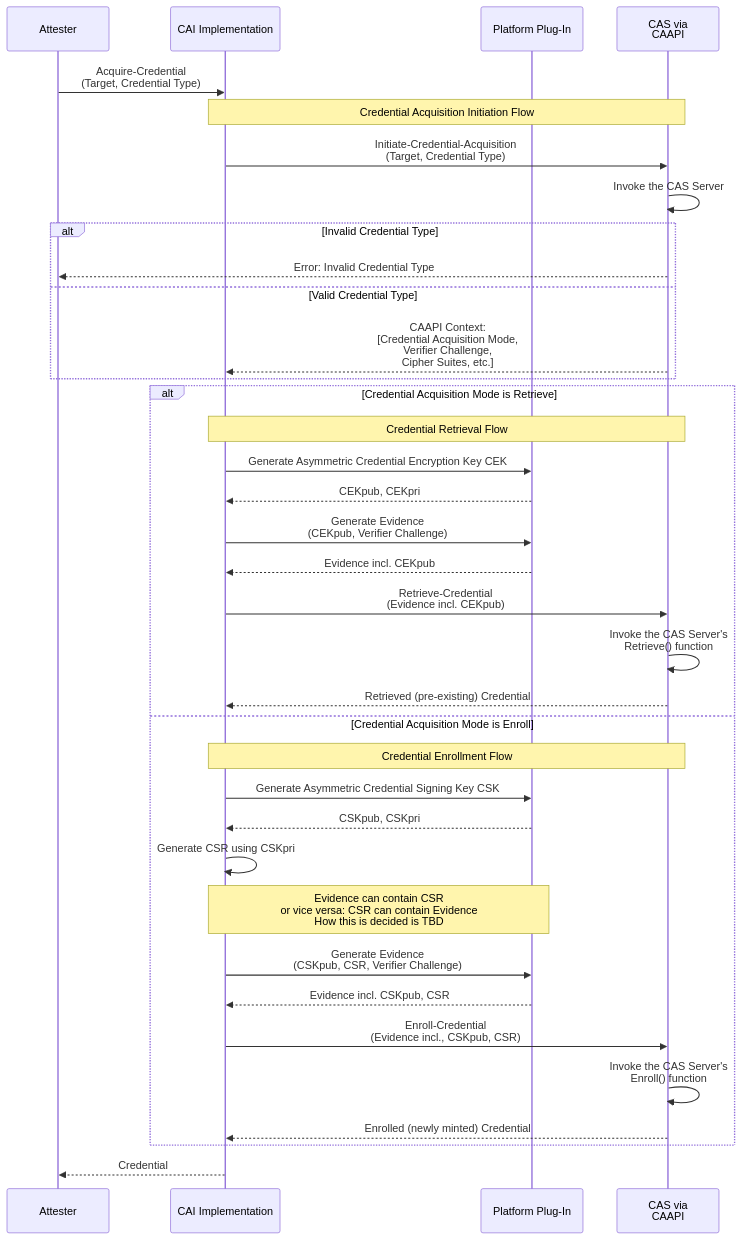
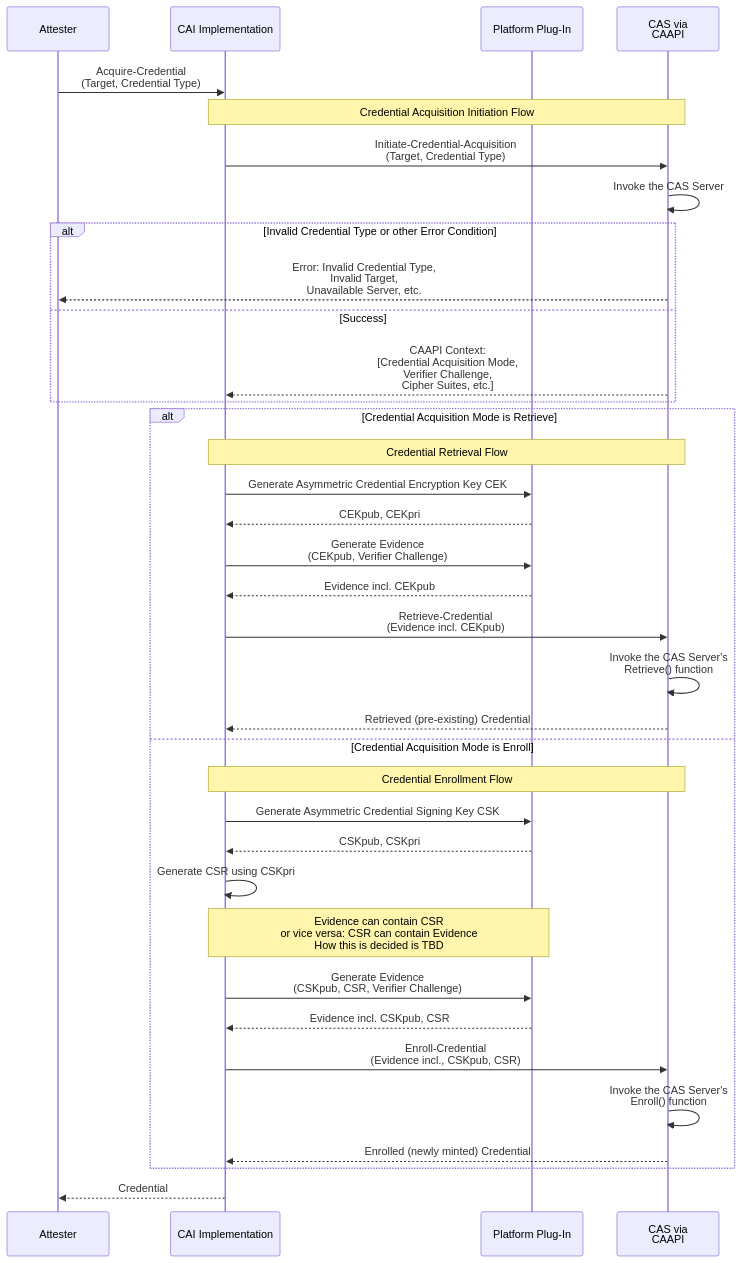
Before and after one commit to TWI-Unified-Model/tacra: the diagram in caicli/obtain.mmd, drawn with Mermaid. The commit also changed 4 other files, not shown here.

Commit message:
Updated CAAPI flowcharts

```diff
--- a/caicli/obtain.mmd
+++ b/caicli/obtain.mmd
@@ -1,38 +1,38 @@
 %% Acquire-Credential API
 sequenceDiagram
     participant A as Attester
     participant CAI as CAI Implementation
     participant PL as Platform Plug-In
     participant CAS as CAS via<br/>CAAPI
 
     A->>CAI: Acquire-Credential<br/>(Target, Credential Type)
     note over CAI, CAS: Credential Acquisition Initiation Flow
     CAI->>CAS: Initiate-Credential-Acquisition<br/>(Target, Credential Type)
     CAS->>CAS: Invoke the CAS Server
-    alt Invalid Credential Type
-        CAS-->>A: Error: Invalid Credential Type
-    else Valid Credential Type
+    alt Invalid Credential Type or other Error Condition
+        CAS-->>A: Error: Invalid Credential Type,<br/>Invalid Target,<br/>Unavailable Server, etc.
+    else Success
         CAS-->>CAI: CAAPI Context:<br/>[Credential Acquisition Mode,<br/>Verifier Challenge,<br/>Cipher Suites, etc.]
     end
     alt Credential Acquisition Mode is Retrieve
         note over CAI, CAS: Credential Retrieval Flow
         CAI->>PL: Generate Asymmetric Credential Encryption Key CEK
         PL-->>CAI: CEKpub, CEKpri
         CAI->>PL: Generate Evidence<br/>(CEKpub, Verifier Challenge)
         PL-->>CAI: Evidence incl. CEKpub
         CAI->>CAS: Retrieve-Credential<br/>(Evidence incl. CEKpub)
         CAS->>CAS: Invoke the CAS Server's<br/>Retrieve() function
         CAS-->>CAI: Retrieved (pre-existing) Credential
     else Credential Acquisition Mode is Enroll
         note over CAI, CAS: Credential Enrollment Flow
         CAI->>PL: Generate Asymmetric Credential Signing Key CSK
         PL-->>CAI: CSKpub, CSKpri
         CAI->>CAI: Generate CSR using CSKpri
         note over CAI, PL: Evidence can contain CSR<br/>or vice versa: CSR can contain Evidence<br/>How this is decided is TBD
         CAI->>PL: Generate Evidence<br/>(CSKpub, CSR, Verifier Challenge)
         PL-->>CAI: Evidence incl. CSKpub, CSR
         CAI->>CAS: Enroll-Credential<br/>(Evidence incl., CSKpub, CSR)
         CAS->>CAS: Invoke the CAS Server's<br/>Enroll() function
         CAS-->>CAI: Enrolled (newly minted) Credential
     end
     CAI-->>A: Credential
```
